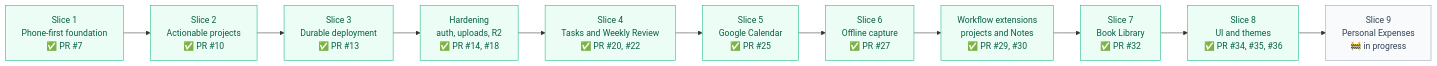
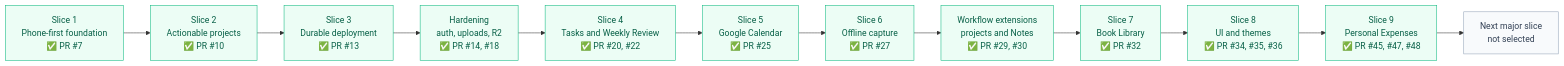
One commit to teravyte18/personal-control-center changed the diagram in docs/roadmap.md. Above: the diagram before and after it, drawn with Mermaid. The commit also changed other lines of this file, not shown here.

Commit message:
Mark Personal Expenses complete and reset next-slice selection

````diff
--- a/docs/roadmap.md
+++ b/docs/roadmap.md
@@ -7,21 +7,22 @@
 ```mermaid
 graph LR
     S1["Slice 1<br/>Phone-first foundation<br/>✅ PR #7"]
     S2["Slice 2<br/>Actionable projects<br/>✅ PR #10"]
     S3["Slice 3<br/>Durable deployment<br/>✅ PR #13"]
     HARDEN["Hardening<br/>auth, uploads, R2<br/>✅ PR #14, #18"]
     S4["Slice 4<br/>Tasks and Weekly Review<br/>✅ PR #20, #22"]
     S5["Slice 5<br/>Google Calendar<br/>✅ PR #25"]
     S6["Slice 6<br/>Offline capture<br/>✅ PR #27"]
     EXT["Workflow extensions<br/>projects and Notes<br/>✅ PR #29, #30"]
     S7["Slice 7<br/>Book Library<br/>✅ PR #32"]
     S8["Slice 8<br/>UI and themes<br/>✅ PR #34, #35, #36"]
-    S9["Slice 9<br/>Personal Expenses<br/>🚧 in progress"]
+    S9["Slice 9<br/>Personal Expenses<br/>✅ PR #45, #47, #48"]
+    NEXT["Next major slice<br/>not selected"]
 
-    S1 --> S2 --> S3 --> HARDEN --> S4 --> S5 --> S6 --> EXT --> S7 --> S8 --> S9
+    S1 --> S2 --> S3 --> HARDEN --> S4 --> S5 --> S6 --> EXT --> S7 --> S8 --> S9 --> NEXT
 
     classDef done fill:#ecfdf5,stroke:#10b981,color:#065f46;
     classDef pending fill:#f8fafc,stroke:#94a3b8,color:#334155;
-    class S1,S2,S3,HARDEN,S4,S5,S6,EXT,S7,S8 done;
-    class S9 pending;
+    class S1,S2,S3,HARDEN,S4,S5,S6,EXT,S7,S8,S9 done;
+    class NEXT pending;
 ```
````
